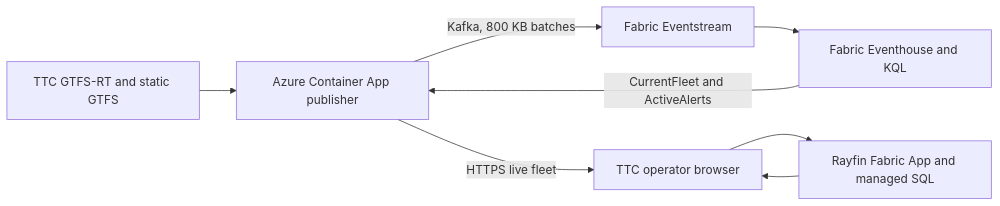
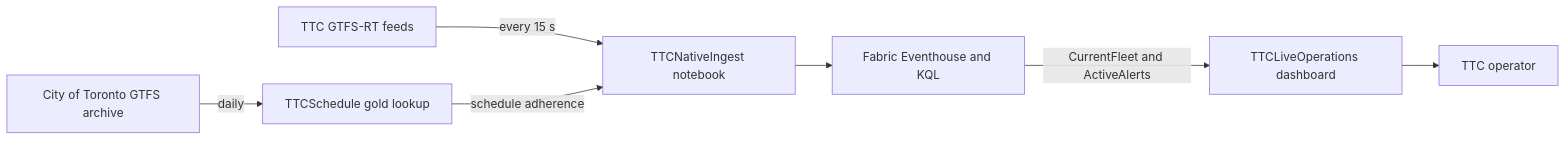
The diagram in DEPLOYMENT.md (alexaca79/ttc-digitaltwin), drawn with Mermaid before and after one commit. The commit also changed other lines of this file and 4 other files, not shown here.

First line of the commit message:
docs: align the guides with the Fabric-only architecture

````diff
--- a/DEPLOYMENT.md
+++ b/DEPLOYMENT.md
@@ -101,17 +59,17 @@
 ```mermaid
 flowchart LR
-  TTC["TTC GTFS-RT and static GTFS"]
-  Publisher["Azure Container App publisher"]
-  Eventstream["Fabric Eventstream"]
+  TTC["TTC GTFS-RT feeds"]
+  Static["City of Toronto GTFS archive"]
+  Gold["TTCSchedule gold lookup"]
+  Ingest["TTCNativeIngest notebook"]
   Eventhouse["Fabric Eventhouse and KQL"]
-  Rayfin["Rayfin Fabric App and managed SQL"]
-  Browser["TTC operator browser"]
+  Dash["TTCLiveOperations dashboard"]
+  Operator["TTC operator"]
 
-  TTC --> Publisher
-  Publisher -->|"Kafka, 800 KB batches"| Eventstream
-  Eventstream --> Eventhouse
-  Eventhouse -->|"CurrentFleet and ActiveAlerts"| Publisher
-  Publisher -->|"HTTPS live fleet"| Browser
-  Rayfin --> Browser
-  Browser --> Rayfin
+  Static -->|"daily"| Gold
+  TTC -->|"every 15 s"| Ingest
+  Gold -->|"schedule adherence"| Ingest
+  Ingest --> Eventhouse
+  Eventhouse -->|"CurrentFleet and ActiveAlerts"| Dash
+  Dash --> Operator
 ```
````
